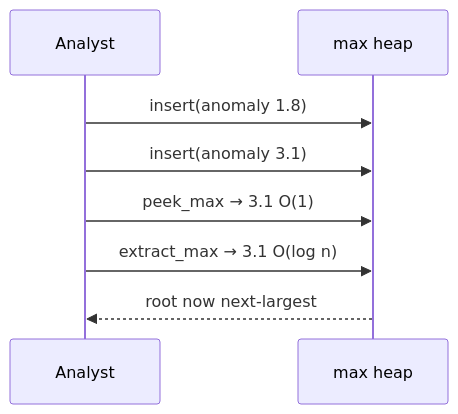
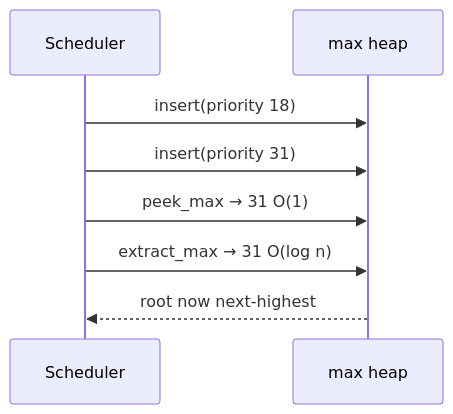
The second of 8 diagrams in docs/dsa/data-structures/max-heap/index.md (qgjones9/python-programming-guide), drawn with Mermaid before and after one commit. The commit also changed other lines of this file and 31 other files, not shown here.

````diff
--- a/docs/dsa/data-structures/max-heap/index.md
+++ b/docs/dsa/data-structures/max-heap/index.md
@@ -60,10 +60,10 @@
 ```mermaid
 sequenceDiagram
-  participant Analyst
-  participant H as max heap
-  Analyst->>H: insert(anomaly 1.8)
-  Analyst->>H: insert(anomaly 3.1)
-  Analyst->>H: peek_max → 3.1 O(1)
-  Analyst->>H: extract_max → 3.1 O(log n)
-  H-->>Analyst: root now next-largest
+ participant Scheduler
+ participant H as max heap
+ Scheduler->>H: insert(priority 18)
+ Scheduler->>H: insert(priority 31)
+ Scheduler->>H: peek_max → 31 O(1)
+ Scheduler->>H: extract_max → 31 O(log n)
+ H-->>Scheduler: root now next-highest
 ```
````
